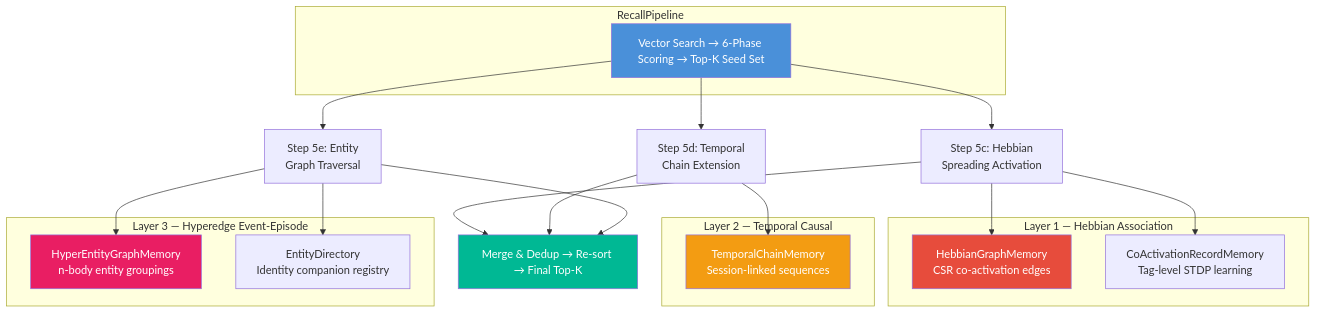
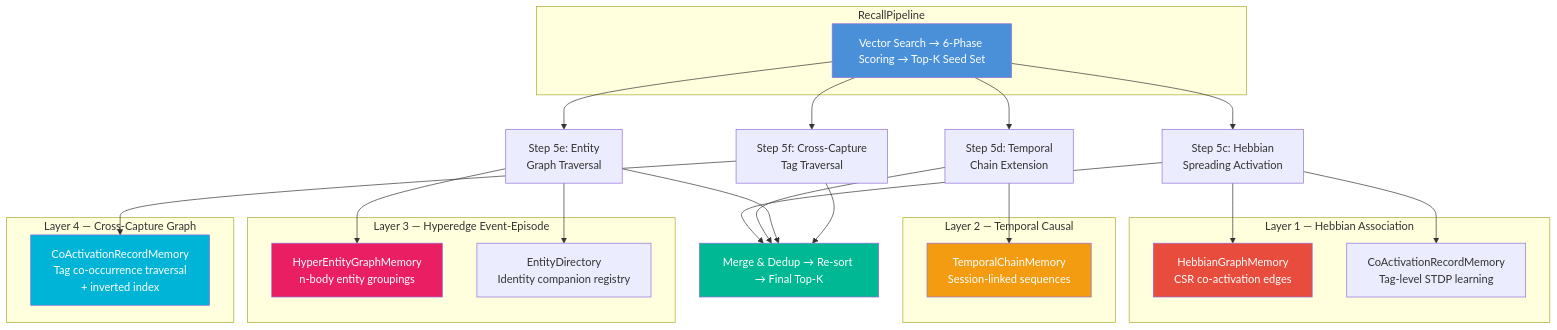
The first of 4 diagrams in docs/docs/memory/hebbian.md (spectrayan/spector), drawn with Mermaid before and after one commit. The commit also changed other lines of this file and 6 other files, not shown here.

First line of the commit message:
feat(memory): add Cross-Capture Graph and CoActivation kernel refactor (#626)

````diff
--- a/docs/docs/memory/hebbian.md
+++ b/docs/docs/memory/hebbian.md
@@ -14,40 +14,48 @@
 ```mermaid
 graph TB
     subgraph "RecallPipeline"
         RP["Vector Search → 6-Phase Scoring → Top-K Seed Set"]
     end
 
     RP --> S5c["Step 5c: Hebbian<br/>Spreading Activation"]
     RP --> S5d["Step 5d: Temporal<br/>Chain Extension"]
     RP --> S5e["Step 5e: Entity<br/>Graph Traversal"]
+    RP --> S5f["Step 5f: Cross-Capture<br/>Tag Traversal"]
 
     S5c --> M["Merge & Dedup → Re-sort → Final Top-K"]
     S5d --> M
     S5e --> M
+    S5f --> M
 
     subgraph "Layer 1 — Hebbian Association"
         HG["HebbianGraphMemory<br/>CSR co-activation edges"]
         CAT["CoActivationRecordMemory<br/>Tag-level STDP learning"]
     end
 
     subgraph "Layer 2 — Temporal Causal"
         TC["TemporalChainMemory<br/>Session-linked sequences"]
     end
 
     subgraph "Layer 3 — Hyperedge Event-Episode"
         HEG["HyperEntityGraphMemory<br/>n-body entity groupings"]
         ED["EntityDirectory<br/>Identity companion registry"]
     end
 
+    subgraph "Layer 4 — Cross-Capture Graph"
+        CCG["CoActivationRecordMemory<br/>Tag co-occurrence traversal<br/>+ inverted index"]
+    end
+
     S5c --> HG
     S5c --> CAT
     S5d --> TC
     S5e --> ED
     S5e --> HEG
+    S5f --> CCG
 
     style RP fill:#4a90d9,color:white
     style M fill:#00b894,color:white
     style HG fill:#e74c3c,color:white
     style TC fill:#f39c12,color:white
     style HEG fill:#e91e63,color:white
+    style CCG fill:#00b4d8,color:white
 ```
````
